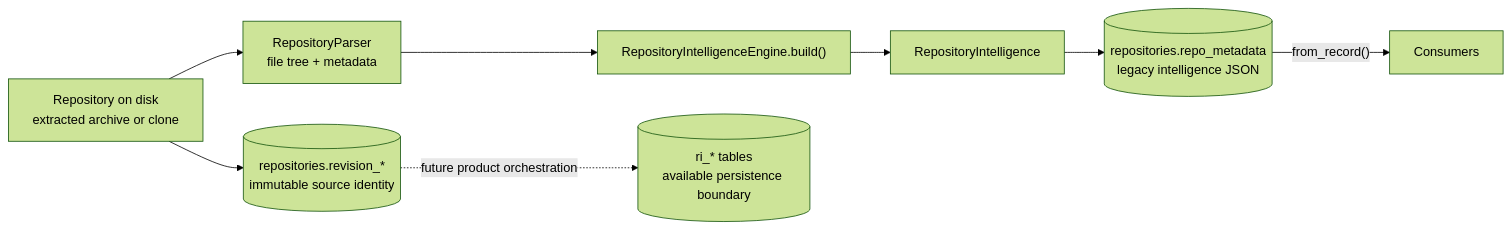
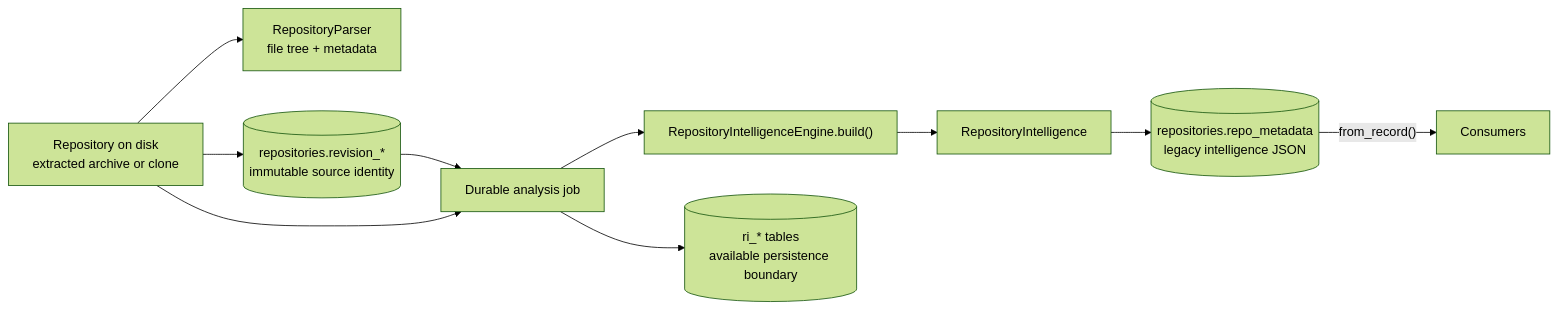
The diagram in docs/architecture/REPOSITORY_INTELLIGENCE.md (Second-Origin/PARTHA), drawn with Mermaid (forest theme) before and after one commit. The commit also changed other lines of this file and 58 other files, not shown here.

First line of the commit message:
feat(analysis): add durable cancellable analysis jobs (#147)

````diff
--- a/docs/architecture/REPOSITORY_INTELLIGENCE.md
+++ b/docs/architecture/REPOSITORY_INTELLIGENCE.md
@@ -27,16 +45,19 @@
 ```mermaid
 flowchart LR
     Root["Repository on disk<br/>extracted archive or clone"]
     Parser["RepositoryParser<br/>file tree + metadata"]
     Engine["RepositoryIntelligenceEngine.build()"]
     Model["RepositoryIntelligence"]
     Store[("repositories.repo_metadata<br/>legacy intelligence JSON")]
     Revision[("repositories.revision_*<br/>immutable source identity")]
     Snapshot[("ri_* tables<br/>available persistence boundary")]
     Consumers["Consumers"]
 
-    Root --> Parser --> Engine --> Model --> Store
+    Root --> Parser
     Root --> Revision
-    Revision -. future product orchestration .-> Snapshot
+    Revision --> Job["Durable analysis job"]
+    Root --> Job
+    Job --> Snapshot
+    Job --> Engine --> Model --> Store
     Store -->|"from_record()"| Consumers
 ```
````
